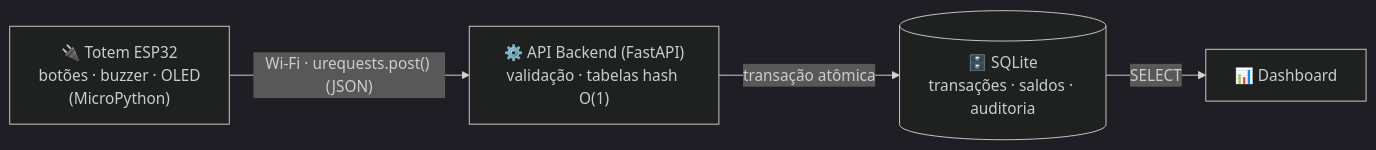
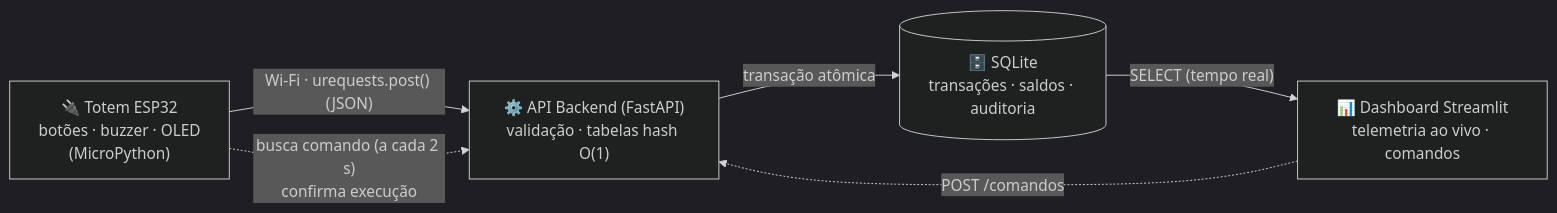
Before and after one commit to RedAkasha/telemetria-esp32-equipenexusdata: the first of 2 diagrams in README.md, drawn with Mermaid (dark theme). The commit also changed other lines of this file and 5 other files, not shown here.

First line of the commit message:
Docs e CI: dashboard, protocolo de comandos e testes no GitHub Actions

````diff
--- a/README.md
+++ b/README.md
@@ -16,11 +16,13 @@
 ```mermaid
 flowchart LR
     HW["🔌 Totem ESP32<br/>botões · buzzer · OLED<br/>(MicroPython)"]
     API["⚙️ API Backend (FastAPI)<br/>validação · tabelas hash O(1)"]
     DB[("🗄️ SQLite<br/>transações · saldos · auditoria")]
-    DASH["📊 Dashboard"]
+    DASH["📊 Dashboard Streamlit<br/>telemetria ao vivo · comandos"]
 
     HW -- "Wi-Fi · urequests.post() (JSON)" --> API
     API -- "transação atômica" --> DB
-    DB -- "SELECT" --> DASH
+    DB -- "SELECT (tempo real)" --> DASH
+    DASH -. "POST /comandos" .-> API
+    HW -. "busca comando (a cada 2 s)<br/>confirma execução" .-> API
 ```
````
